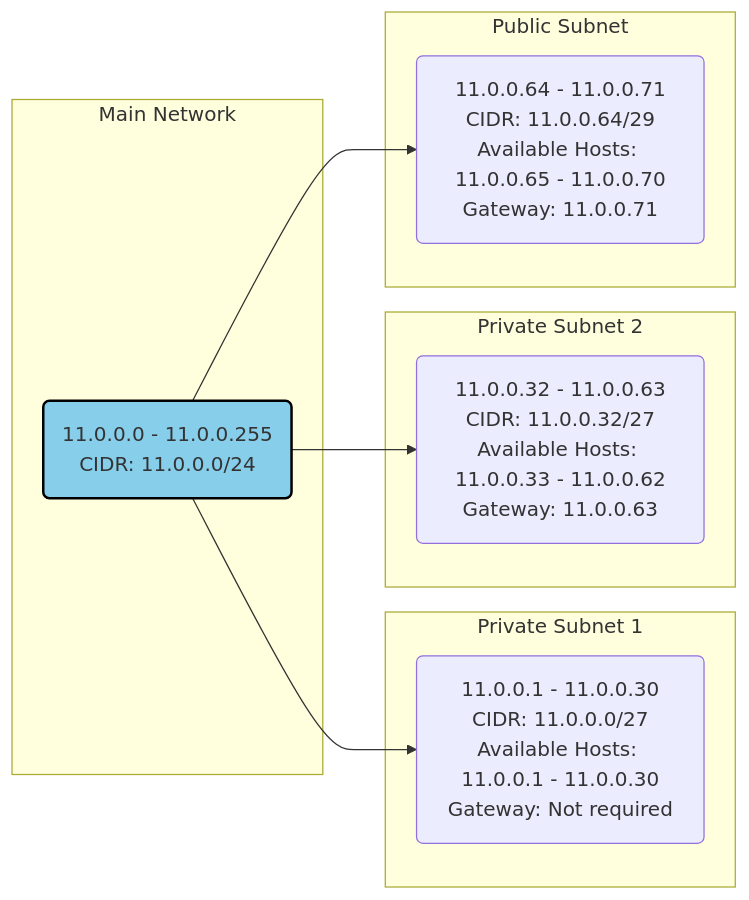
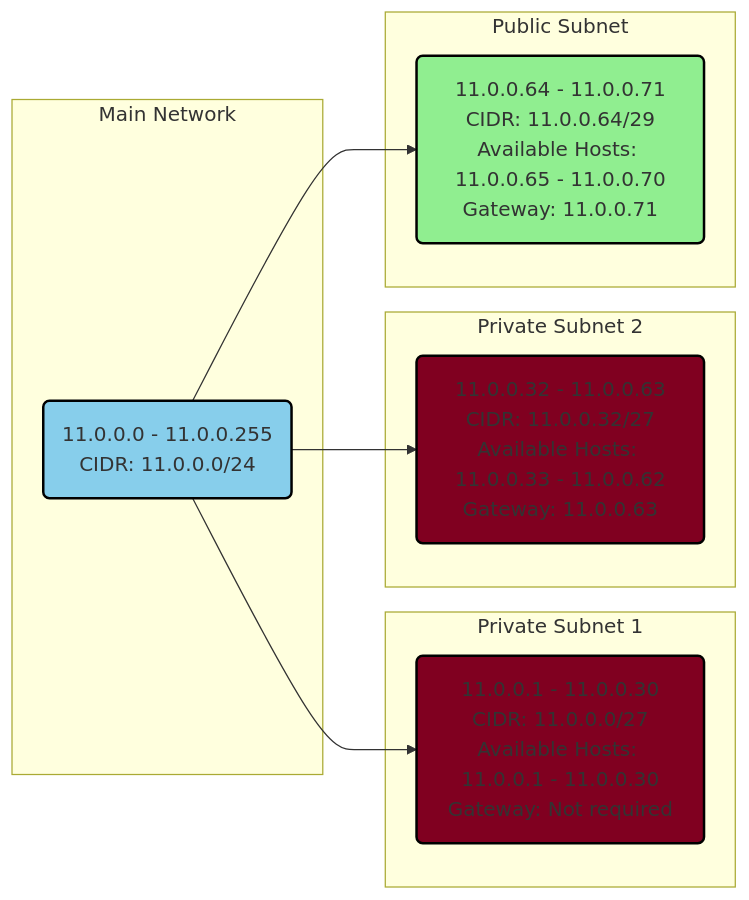
The diagram in 02_NTW/02_NTW_06_Subnetten/verslag.md (techgrounds/techgrounds-techgroundsStudent), drawn with Mermaid before and after one commit.

````diff
--- a/02_NTW/02_NTW_06_Subnetten/verslag.md
+++ b/02_NTW/02_NTW_06_Subnetten/verslag.md
@@ -17,26 +17,31 @@
 ```mermaid
 graph LR;
 
 subgraph Main Network
     style subnet11 fill:#87CEEB,stroke:#000000,stroke-width:2px;
     subnet11(11.0.0.0 - 11.0.0.255<br/>CIDR: 11.0.0.0/24);
 end;
 
 subgraph Private Subnet 1
+    style subnet1 fill:#800020,stroke:#000000,stroke-width:2px;
+    class subnet1Text fill:#FFFFFF,stroke:none,font-weight:bold;
     subnet1(11.0.0.1 - 11.0.0.30<br/>CIDR: 11.0.0.0/27<br/>Available Hosts: 11.0.0.1 - 11.0.0.30<br/>Gateway: Not required);
 end;
 
 subgraph Private Subnet 2
+    style subnet2 fill:#800020,stroke:#000000,stroke-width:2px;
+    class subnet2Text fill:#FFFFFF,stroke:none,font-weight:bold;
     subnet2(11.0.0.32 - 11.0.0.63<br/>CIDR: 11.0.0.32/27<br/>Available Hosts: 11.0.0.33 - 11.0.0.62<br/>Gateway: 11.0.0.63);
 end;
 
 subgraph Public Subnet
+    style subnetPublic fill:#90EE90,stroke:#000000,stroke-width:2px;
     subnetPublic(11.0.0.64 - 11.0.0.71<br/>CIDR: 11.0.0.64/29<br/>Available Hosts: 11.0.0.65 - 11.0.0.70<br/>Gateway: 11.0.0.71);
 end;
 
 subnet11 --> subnet1;
 subnet11 --> subnet2;
 subnet11 --> subnetPublic;
 
 
 ```
````
